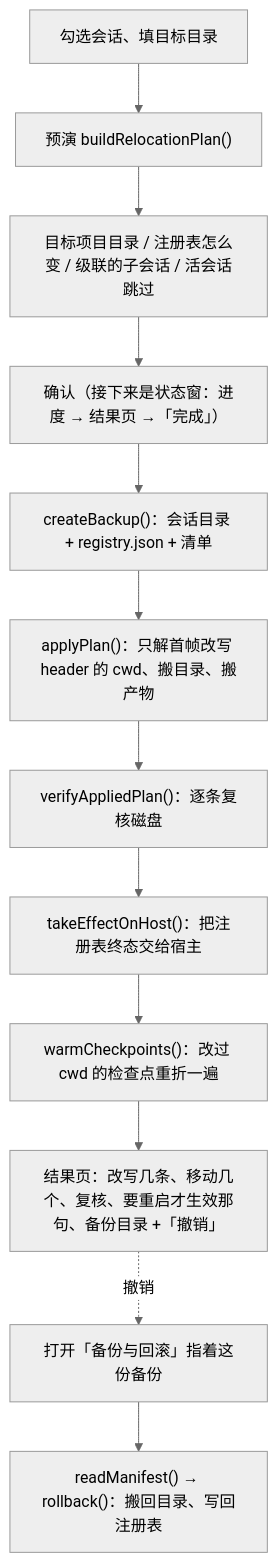
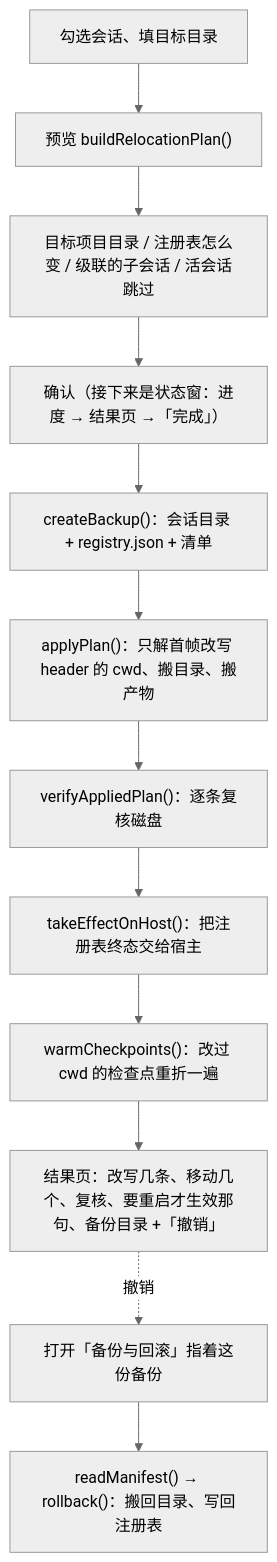
One commit to he0119/dsh-session-manager changed the fourth of 10 diagrams in docs/flows.md. Above: the diagram before and after it, drawn with Mermaid (neutral theme). The commit also changed other lines of this file and 242 other files, not shown here.

````diff
--- a/docs/flows.md
+++ b/docs/flows.md
@@ -112,14 +112,14 @@
 ```mermaid
 flowchart TD
-  A["勾选会话、填目标目录"] --> B["预演 buildRelocationPlan()"]
+  A["勾选会话、填目标目录"] --> B["预览 buildRelocationPlan()"]
   B --> B1["目标项目目录 / 注册表怎么变 / 级联的子会话 / 活会话跳过"]
   B1 --> C["确认（接下来是状态窗：进度 → 结果页 →「完成」）"]
   C --> D["createBackup()：会话目录 + registry.json + 清单"]
   D --> E["applyPlan()：只解首帧改写 header 的 cwd、搬目录、搬产物"]
   E --> F["verifyAppliedPlan()：逐条复核磁盘"]
   F --> G["takeEffectOnHost()：把注册表终态交给宿主"]
   G --> H["warmCheckpoints()：改过 cwd 的检查点重折一遍"]
   H --> I["结果页：改写几条、移动几个、复核、要重启才生效那句、备份目录 +「撤销」"]
   I -.->|"撤销"| J["打开「备份与回滚」指着这份备份"]
   J --> K["readManifest() → rollback()：搬回目录、写回注册表"]
 ```
````
